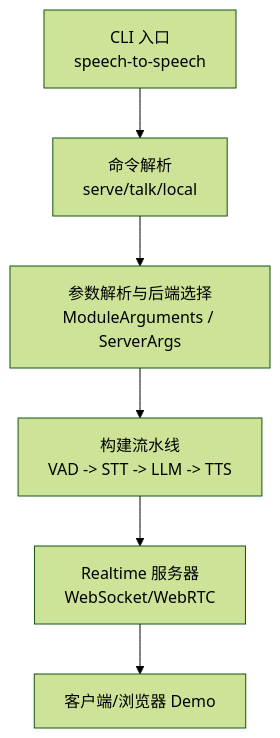
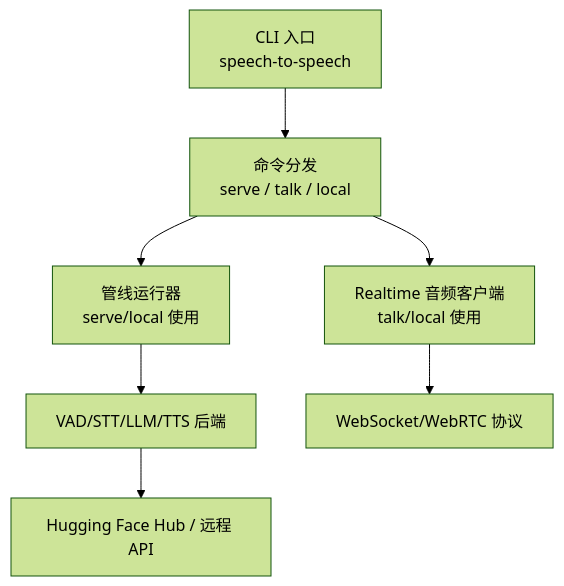
One commit to joezxh/speech-to-speech changed the first of 3 diagrams in .qoder/repowiki/zh/content/快速开始.md. Above: the diagram before and after it, drawn with Mermaid (forest theme). The commit also changed other lines of this file and 202 other files, not shown here.

````diff
--- a/.qoder/repowiki/zh/content/快速开始.md
+++ b/.qoder/repowiki/zh/content/快速开始.md
@@ -45,8 +42,9 @@
 ```mermaid
 graph TB
-A["CLI 入口<br/>speech-to-speech"] --> B["命令解析<br/>serve/talk/local"]
-B --> C["参数解析与后端选择<br/>ModuleArguments / ServerArgs"]
-C --> D["构建流水线<br/>VAD -> STT -> LLM -> TTS"]
-D --> E["Realtime 服务器<br/>WebSocket/WebRTC"]
-E --> F["客户端/浏览器 Demo"]
+A["CLI 入口<br/>speech-to-speech"] --> B["命令分发<br/>serve / talk / local"]
+B --> C["Realtime 音频客户端<br/>talk/local 使用"]
+B --> D["管线运行器<br/>serve/local 使用"]
+D --> E["VAD/STT/LLM/TTS 后端"]
+E --> F["Hugging Face Hub / 远程 API"]
+C --> G["WebSocket/WebRTC 协议"]
 ```
````
